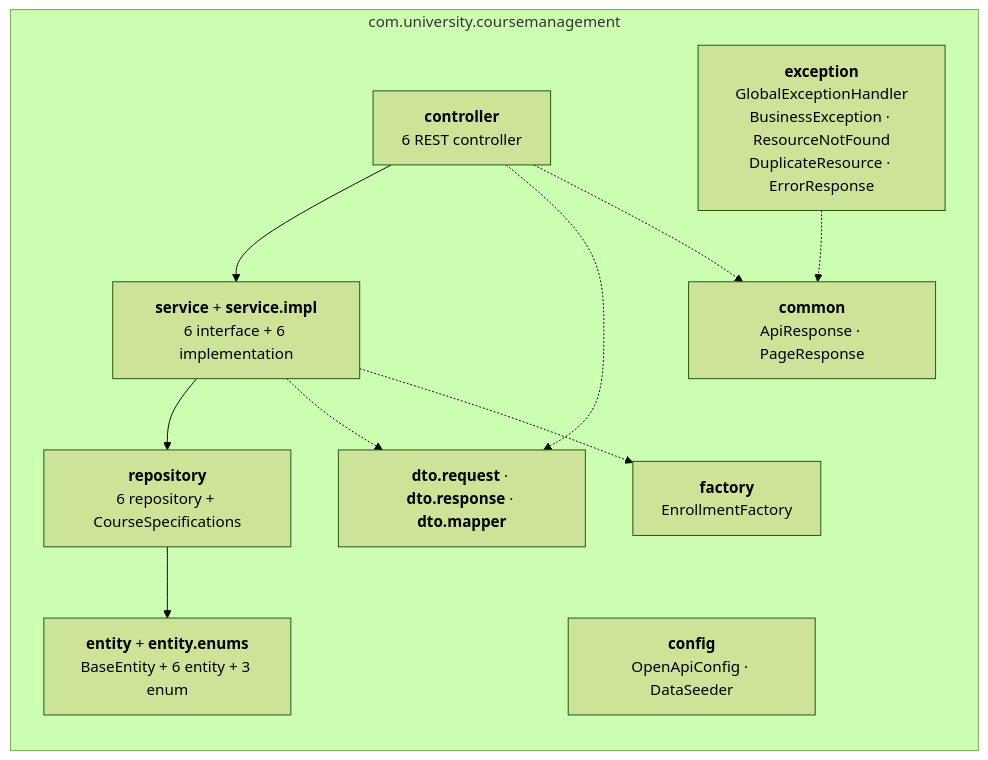
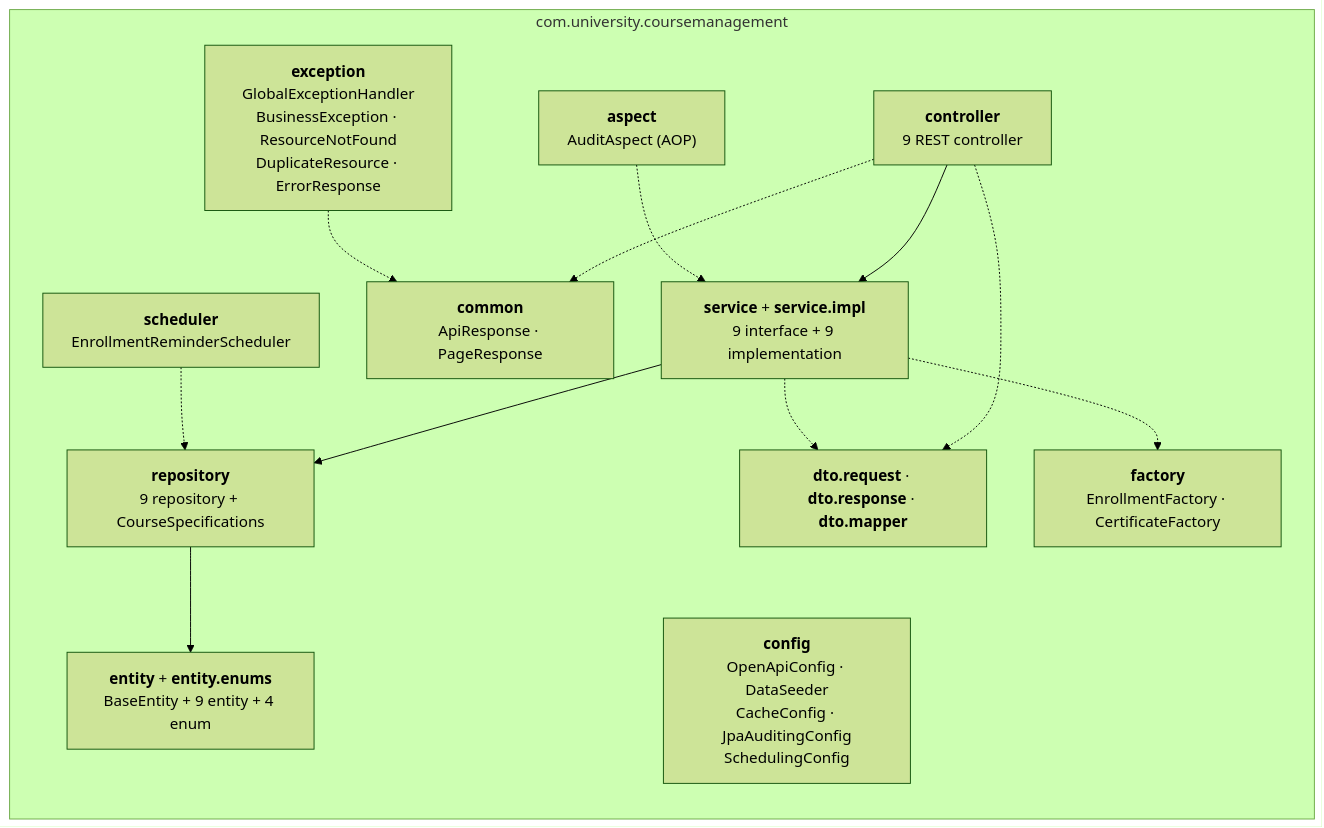
One commit to hmddevv/CourseManagementSystem changed the second of 4 diagrams in docs/architecture.md. Above: the diagram before and after it, drawn with Mermaid (forest theme). The commit also changed other lines of this file and 7 other files, not shown here.

First line of the commit message:
docs: cap nhat ERD, DDL, so do kien truc va han che bao mat

````diff
--- a/docs/architecture.md
+++ b/docs/architecture.md
@@ -53,22 +53,26 @@
 ```mermaid
 flowchart LR
     subgraph root["com.university.coursemanagement"]
         direction TB
-        C["<b>controller</b><br/>6 REST controller"]
-        S["<b>service</b> + <b>service.impl</b><br/>6 interface + 6 implementation"]
-        R["<b>repository</b><br/>6 repository + CourseSpecifications"]
-        E["<b>entity</b> + <b>entity.enums</b><br/>BaseEntity + 6 entity + 3 enum"]
+        C["<b>controller</b><br/>9 REST controller"]
+        S["<b>service</b> + <b>service.impl</b><br/>9 interface + 9 implementation"]
+        R["<b>repository</b><br/>9 repository + CourseSpecifications"]
+        E["<b>entity</b> + <b>entity.enums</b><br/>BaseEntity + 9 entity + 4 enum"]
         D["<b>dto.request</b> · <b>dto.response</b> · <b>dto.mapper</b>"]
         X["<b>exception</b><br/>GlobalExceptionHandler<br/>BusinessException · ResourceNotFound<br/>DuplicateResource · ErrorResponse"]
-        F["<b>factory</b><br/>EnrollmentFactory"]
+        F["<b>factory</b><br/>EnrollmentFactory · CertificateFactory"]
         M["<b>common</b><br/>ApiResponse · PageResponse"]
-        G["<b>config</b><br/>OpenApiConfig · DataSeeder"]
+        G["<b>config</b><br/>OpenApiConfig · DataSeeder<br/>CacheConfig · JpaAuditingConfig<br/>SchedulingConfig"]
+        AS["<b>aspect</b><br/>AuditAspect (AOP)"]
+        SC["<b>scheduler</b><br/>EnrollmentReminderScheduler"]
     end
 
     C --> S --> R --> E
     C -.-> D
     S -.-> D
     S -.-> F
     C -.-> M
     X -.-> M
+    AS -.-> S
+    SC -.-> R
 ```
````
